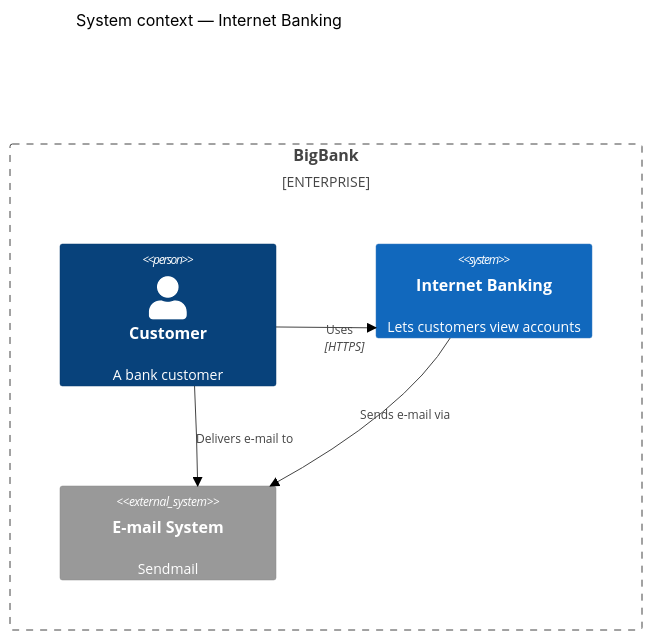
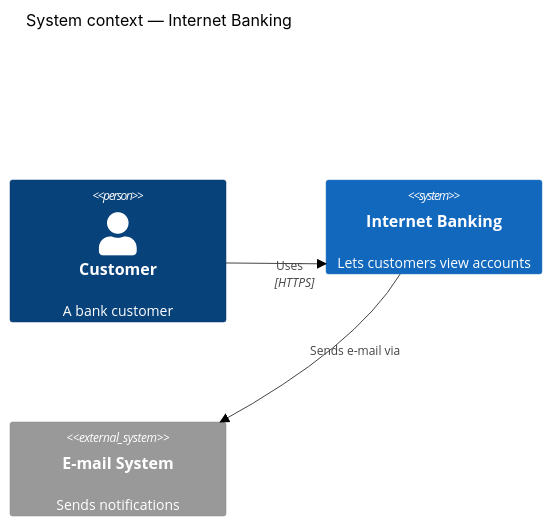
Before and after one commit to klesajos/grimoire: the diagram in plugins/archmage/skills/mermaid/reference/c4.md, drawn with Mermaid (neutral theme). The commit also changed other lines of this file and 85 other files, not shown here.

First line of the commit message:
Illustrate archmage reference files with example diagrams

````diff
--- a/plugins/archmage/skills/mermaid/reference/c4.md
+++ b/plugins/archmage/skills/mermaid/reference/c4.md
@@ -53,14 +60,9 @@
 ```mermaid
 C4Context
   title System context — Internet Banking
-  Enterprise_Boundary(b0, "BigBank") {
-    Person(customer, "Customer", "A bank customer")
-    System(banking, "Internet Banking", "Lets customers view accounts")
-    System_Ext(email, "E-mail System", "Sendmail")
-  }
+  Person(customer, "Customer", "A bank customer")
+  System(banking, "Internet Banking", "Lets customers view accounts")
+  System_Ext(email, "E-mail System", "Sends notifications")
   Rel(customer, banking, "Uses", "HTTPS")
   Rel(banking, email, "Sends e-mail via")
-  Rel_Back(email, customer, "Delivers e-mail to")
-
-  UpdateLayoutConfig($c4ShapeInRow="2", $c4BoundaryInRow="1")
 ```
````
